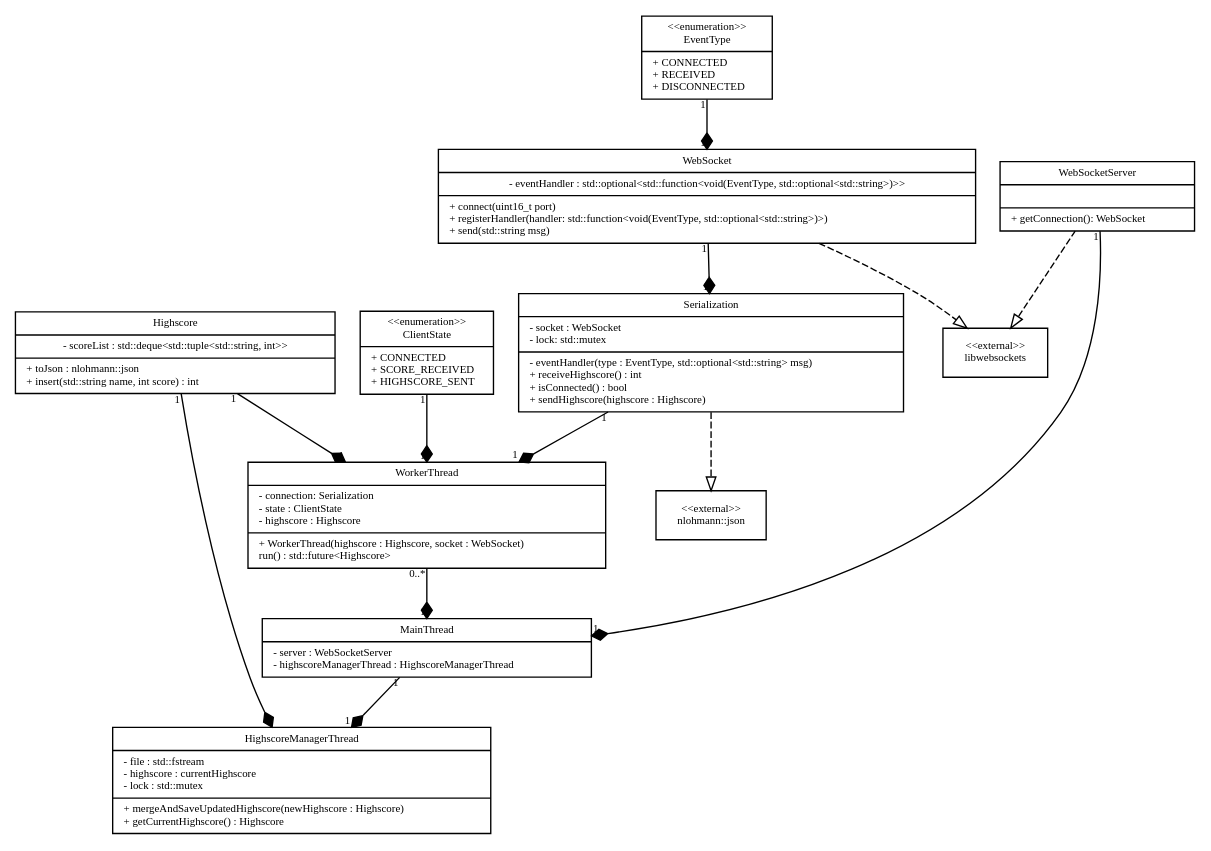
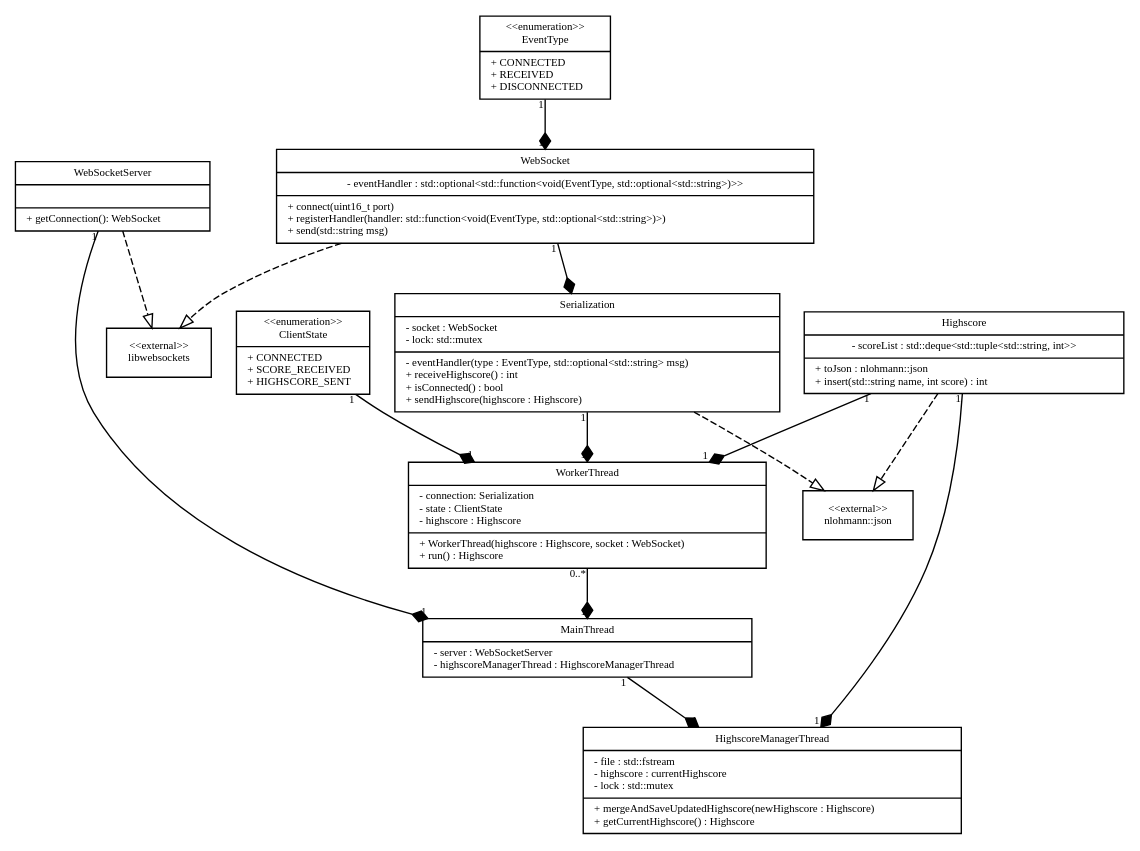
Before and after one commit to aul12/SoPra: the diagram in Blatt04/klassendiagrammHighscoreServer.dot, drawn with Graphviz.

Commit message:
Small enhancements

```diff
--- a/Blatt04/klassendiagrammHighscoreServer.dot
+++ b/Blatt04/klassendiagrammHighscoreServer.dot
@@ -1,126 +1,130 @@
 digraph G {
     fontname = "Bitstream Vera Sans"
     fontsize = 8
 
     node [
         fontname = "Bitstream Vera Sans"
         fontsize = 8
         shape = "record"
     ]
 
     edge [
         fontname = "Bitstream Vera Sans"
         fontsize = 8
     ]
 
     MainThread [
         label = "{MainThread|- server : WebSocketServer\l- highscoreManagerThread : HighscoreManagerThread\l}"
     ]
 
     WorkerThread [
-        label = "{WorkerThread|- connection: Serialization\l- state : ClientState\l- highscore : Highscore\l|+ WorkerThread(highscore : Highscore, socket : WebSocket)\l run() : std::future\<Highscore\>\l}"
+        label = "{WorkerThread|- connection: Serialization\l- state : ClientState\l- highscore : Highscore\l|+ WorkerThread(highscore : Highscore, socket : WebSocket)\l+ run() : Highscore\l}"
     ]
 
     ClientState [
         label = "{\<\<enumeration\>\>\nClientState|+ CONNECTED\l+ SCORE_RECEIVED\l+ HIGHSCORE_SENT\l}"
     ]
 
     WebSocketServer [
         label = "{WebSocketServer||+ getConnection(): WebSocket\l}"
     ]
 
     WebSocket [
         label = "{WebSocket|- eventHandler : std::optional\<std::function\<void(EventType, std::optional\<std::string\>)\>\>|+ connect(uint16_t port)\l+ registerHandler(handler: std::function\<void(EventType, std::optional\<std::string\>)\>)\l+ send(std::string msg)\l}"
     ]
 
     EventType [
         label = "{\<\<enumeration\>\>\nEventType|+ CONNECTED\l+ RECEIVED\l+ DISCONNECTED\l}"
     ]
 
     Serialization [
         label = "{Serialization|- socket : WebSocket\l- lock: std::mutex\l|- eventHandler(type : EventType, std::optional\<std::string\> msg)\l+ receiveHighscore() : int\l+ isConnected() : bool\l+ sendHighscore(highscore : Highscore)\l}" 
     ]
 
     LibWebSockets [
         label = "{\<\<external\>\>\nlibwebsockets}"
     ]
 
     json [
         label = "{\<\<external\>\>\nnlohmann::json}"
     ]
 
     Highscore [
         label = "{Highscore|- scoreList : std::deque\<std::tuple\<std::string, int\>\>|+ toJson : nlohmann::json\l+ insert(std::string name, int score) : int\l}"
     ]
 
     HighscoreManagerThread [
         label = "{HighscoreManagerThread|- file : std::fstream\l- highscore : currentHighscore\l- lock : std::mutex\l|+ mergeAndSaveUpdatedHighscore(newHighscore : Highscore)\l+ getCurrentHighscore() : Highscore\l}"
     ]
     
     WorkerThread -> MainThread [
         arrowhead = "diamond"
 
         taillabel = "0..*"
         headlabel = "1"
     ]
     WebSocketServer -> MainThread [
         arrowhead = "diamond"
 
         taillabel = "1"
         headlabel = "1"
     ]
     ClientState -> WorkerThread [
         arrowhead = "diamond"
 
         taillabel = "1"
         headlabel = "1"
     ]
     WebSocket -> Serialization [
         arrowhead = "diamond"
 
         taillabel = "1"
         headlabel = "1"
     ]
     EventType -> WebSocket[
         arrowhead = "diamond"
 
         taillabel = "1"
         headlabel = "1"
     ]
     Serialization -> WorkerThread [
         arrowhead = "diamond"
 
         taillabel = "1"
         headlabel = "1"
     ]
     Highscore -> WorkerThread [
         arrowhead = "diamond"
 
         taillabel = "1"
         headlabel = "1"
     ]
     Highscore -> HighscoreManagerThread [
         arrowhead = "diamond"
 
         taillabel = "1"
         headlabel = "1"
     ]
     MainThread -> HighscoreManagerThread[
         arrowhead = "diamond"
 
         taillabel = "1"
         headlabel = "1"
     ]
     WebSocket -> LibWebSockets [
         arrowhead = "onormal"
         style = "dashed"
     ]
     WebSocketServer -> LibWebSockets [
         arrowhead = "onormal"
         style = "dashed"
     ]
     Serialization -> json [
         arrowhead = "onormal"
         style = "dashed"
     ]
+    Highscore -> json [
+        arrowhead = "onormal"
+        style = "dashed"
+    ]
 }    
```
